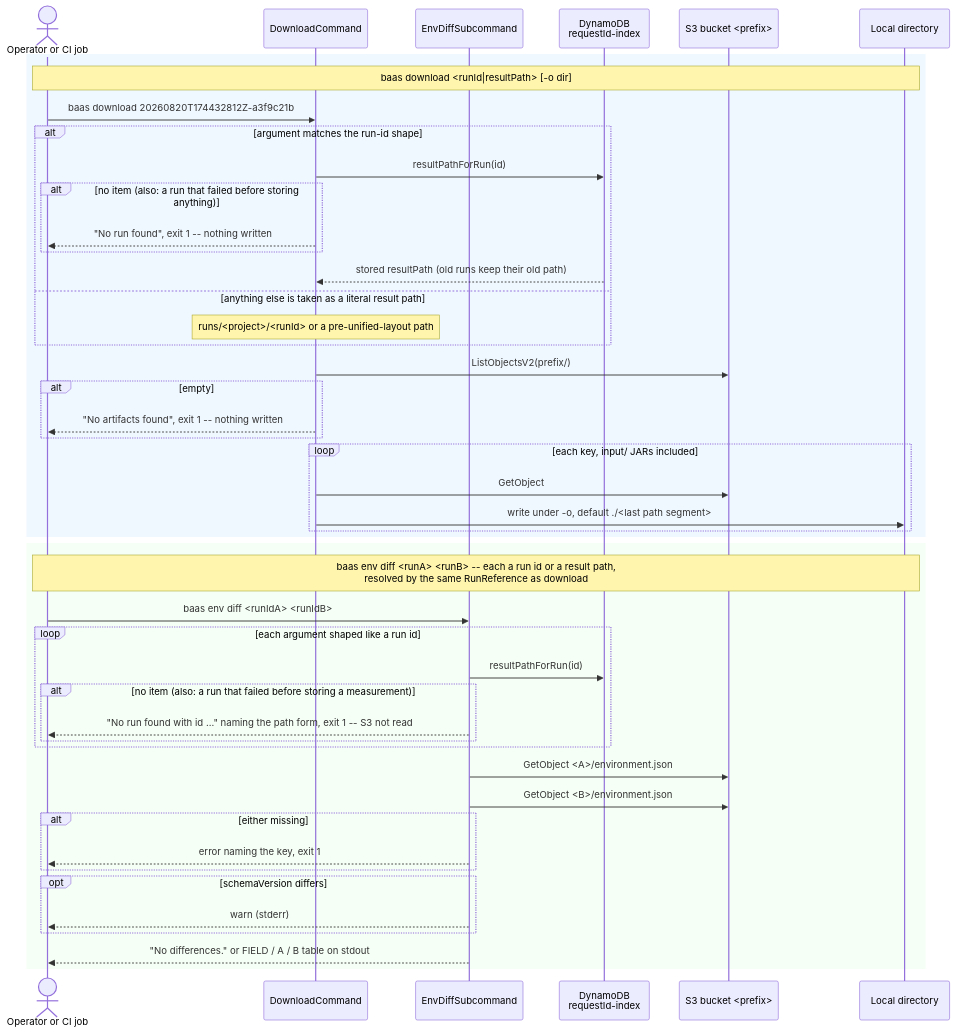
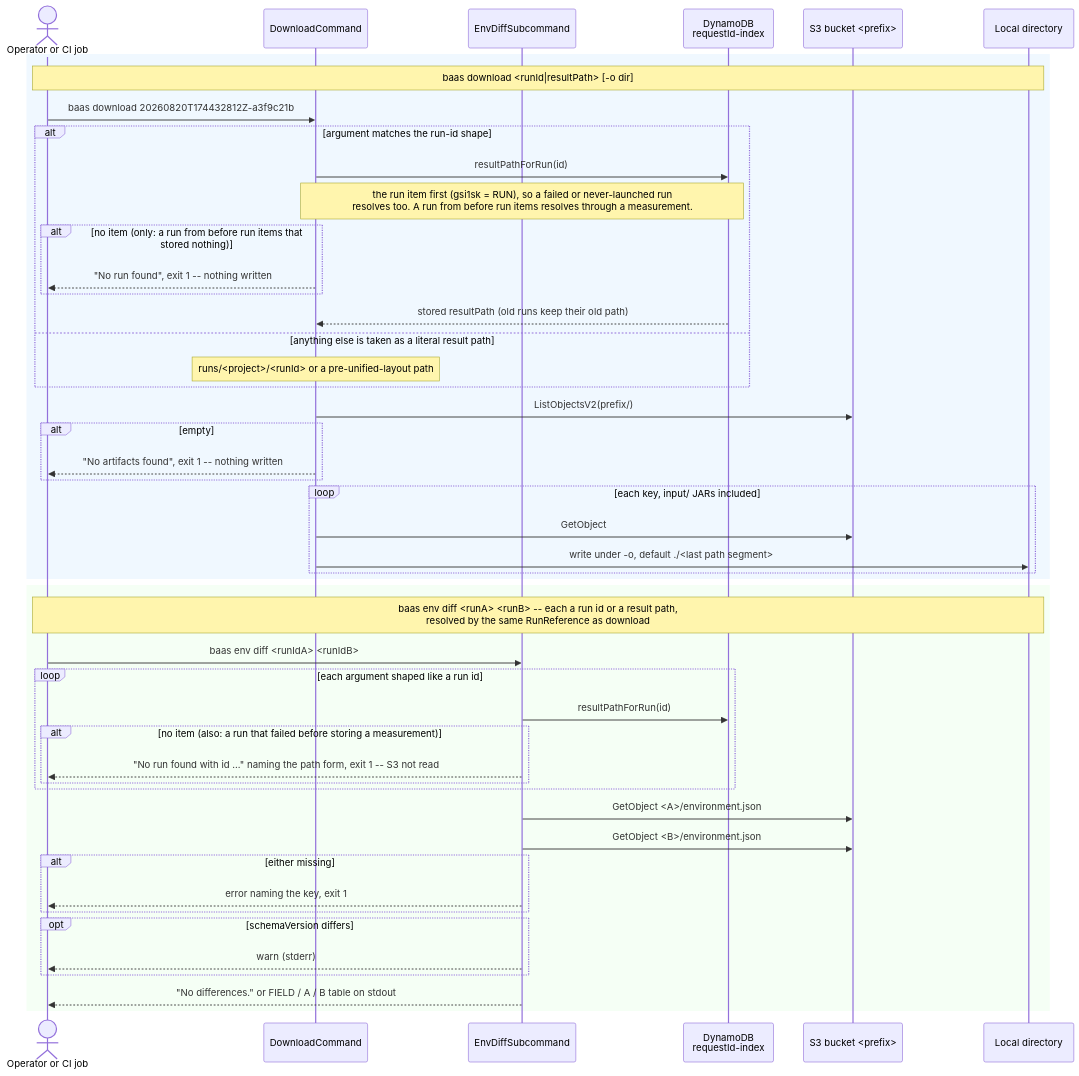
One commit to wsztajerowski/benchmark-as-a-service changed the diagram in docs/diagrams/baas-download-env-diff.mmd. Above: the diagram before and after it, drawn with Mermaid. The commit also changed 18 other files, not shown here.

First line of the commit message:
docs: describe run items, baas runs and the removed --no-database

```diff
--- a/docs/diagrams/baas-download-env-diff.mmd
+++ b/docs/diagrams/baas-download-env-diff.mmd
@@ -1,49 +1,50 @@
 sequenceDiagram
     actor User as Operator or CI job
     participant DL as DownloadCommand
     participant ED as EnvDiffSubcommand
     participant DDB as DynamoDB<br/>requestId-index
     participant S3 as S3 bucket <prefix>
     participant FS as Local directory
 
     rect rgb(240, 248, 255)
         Note over User,FS: baas download <runId|resultPath> [-o dir]
         User->>DL: baas download 20260820T174432812Z-a3f9c21b
         alt argument matches the run-id shape
             DL->>DDB: resultPathForRun(id)
-            alt no item (also: a run that failed before storing anything)
+            Note over DL,DDB: the run item first (gsi1sk = RUN), so a failed or never-launched run<br/>resolves too. A run from before run items resolves through a measurement.
+            alt no item (only: a run from before run items that stored nothing)
                 DL-->>User: "No run found", exit 1 -- nothing written
             end
             DDB-->>DL: stored resultPath (old runs keep their old path)
         else anything else is taken as a literal result path
             Note over DL: runs/<project>/<runId> or a pre-unified-layout path
         end
         DL->>S3: ListObjectsV2(prefix/)
         alt empty
             DL-->>User: "No artifacts found", exit 1 -- nothing written
         end
         loop each key, input/ JARs included
             DL->>S3: GetObject
             DL->>FS: write under -o, default ./<last path segment>
         end
     end
 
     rect rgb(245, 255, 245)
         Note over User,FS: baas env diff <runA> <runB> -- each a run id or a result path,<br/>resolved by the same RunReference as download
         User->>ED: baas env diff <runIdA> <runIdB>
         loop each argument shaped like a run id
             ED->>DDB: resultPathForRun(id)
             alt no item (also: a run that failed before storing a measurement)
                 ED-->>User: "No run found with id ..." naming the path form, exit 1 -- S3 not read
             end
         end
         ED->>S3: GetObject <A>/environment.json
         ED->>S3: GetObject <B>/environment.json
         alt either missing
             ED-->>User: error naming the key, exit 1
         end
         opt schemaVersion differs
             ED-->>User: warn (stderr)
         end
         ED-->>User: "No differences." or FIELD / A / B table on stdout
     end
```
